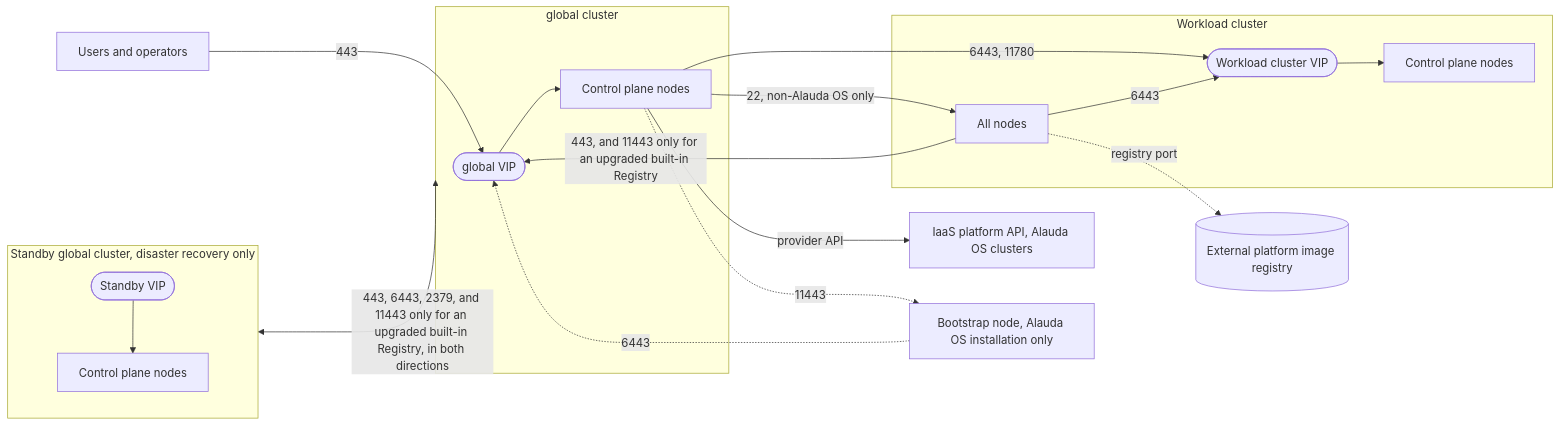
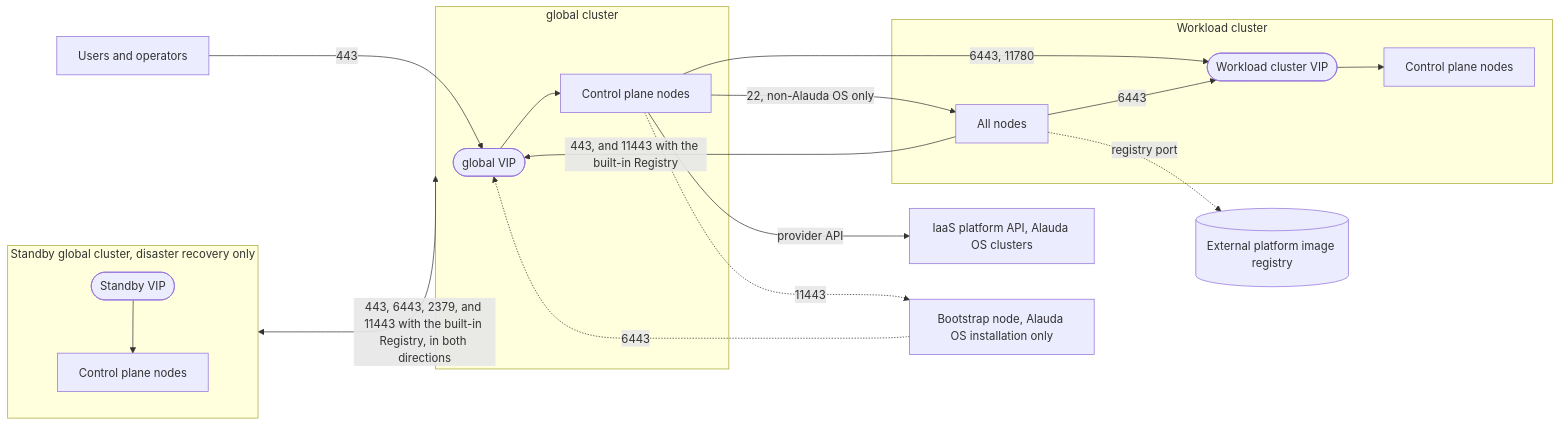
The diagram in docs/en/install/prepare/communication_matrix.mdx (alauda/acp-docs), drawn with Mermaid before and after one commit. The commit also changed other lines of this file and 17 other files, not shown here.

````diff
--- a/docs/en/install/prepare/communication_matrix.mdx
+++ b/docs/en/install/prepare/communication_matrix.mdx
@@ -47,28 +47,28 @@
 ```mermaid
 flowchart LR
     users["Users and operators"]
     subgraph primary["global cluster"]
         gvip(["global VIP"]) --> gcp["Control plane nodes"]
     end
     subgraph standby["Standby global cluster, disaster recovery only"]
         svip(["Standby VIP"]) --> scp["Control plane nodes"]
     end
     subgraph workload["Workload cluster"]
         wvip(["Workload cluster VIP"]) --> wcp["Control plane nodes"]
         wnodes["All nodes"]
     end
     extreg[("External platform image registry")]
     iaas["IaaS platform API, Alauda OS clusters"]
     boot["Bootstrap node, Alauda OS installation only"]
 
     users -->|"443"| gvip
     gcp -->|"6443, 11780"| wvip
     gcp -->|"22, non-Alauda OS only"| wnodes
-    wnodes -->|"443, and 11443 only for an upgraded built-in Registry"| gvip
+    wnodes -->|"443, and 11443 with the built-in Registry"| gvip
     wnodes -->|"6443"| wvip
-    standby <-->|"443, 6443, 2379, and 11443 only for an upgraded built-in Registry, in both directions"| primary
+    standby <-->|"443, 6443, 2379, and 11443 with the built-in Registry, in both directions"| primary
     gcp -->|"provider API"| iaas
     wnodes -.->|"registry port"| extreg
     boot -.->|"6443"| gvip
     gcp -.->|"11443"| boot
 ```
````
